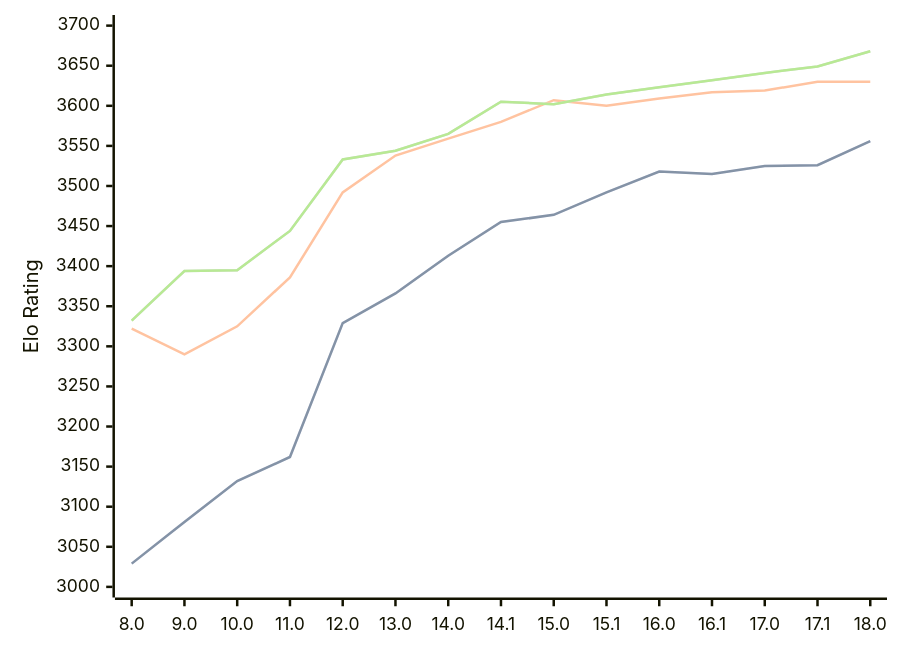
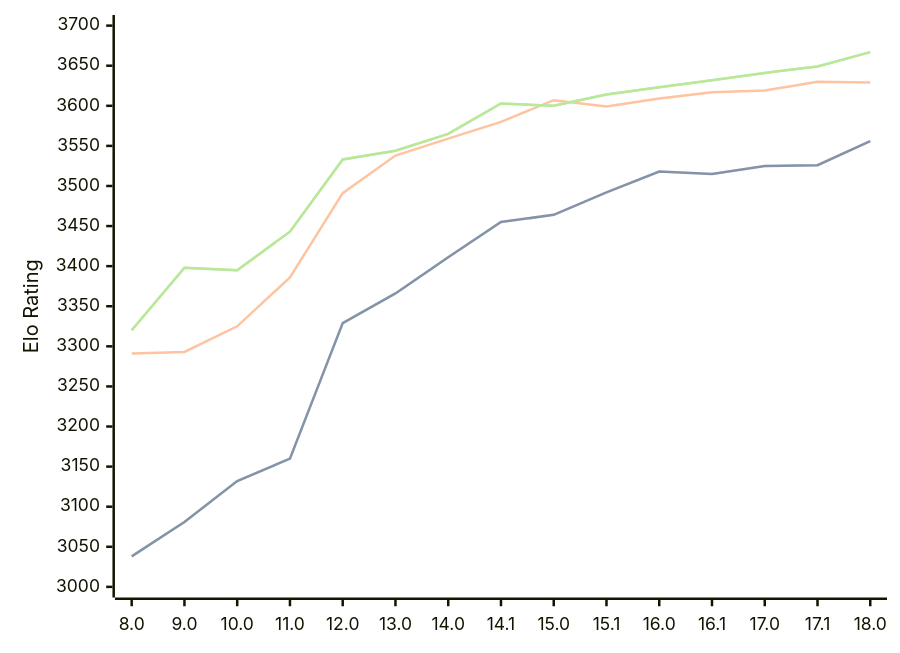
The diagram in engines/Stockfish.md (computer-chess-index/cci), drawn with Mermaid before and after one commit. The commit also changed other lines of this file, not shown here.

Commit message:
Update CCI Ratings (ELO VLTC) - 2026-02-26

````diff
--- a/engines/Stockfish.md
+++ b/engines/Stockfish.md
@@ -44,11 +44,11 @@
 ```mermaid
 %%{init: {"theme":"base","themeVariables":{"seriesColors:['#a3a3a3','#222221','#faa371']}}}%%
 xychart-beta
   x-axis ["8.0", "9.0", "10.0", "11.0", "12.0", "13.0", "14.0", "14.1", "15.0", "15.1", "16.0", "16.1", "17.0", "17.1", "18.0"]
   y-axis "Elo Rating" 3000 --> 3700
-  line "STC (8.0+0.08s)" [3029, 3081, 3132, 3162, 3329, 3366, 3413, 3455, 3464, 3492, 3518, 3515, 3525, 3526, 3556]
-  line "STC (8.0+0.08s)" [3029, 3081, 3132, 3162, 3329, 3366, 3413, 3455, 3464, 3492, 3518, 3515, 3525, 3526, 3556]
-  line "LTC (60.0+0.60s)" [3322, 3290, 3325, 3386, 3492, 3538, 3559, 3580, 3607, 3600, 3609, 3617, 3619, 3630, 3630]
-  line "VLTC (2m24s+1.12s)" [3332, 3394, 3395, 3444, 3533, 3544, 3565, 3605, 3602, 3614, 3623, 3632, 3641, 3649, 3668]
-  line "VLTC (2m24s+1.12s)" [3332, 3394, 3395, 3444, 3533, 3544, 3565, 3605, 3602, 3614, 3623, 3632, 3641, 3649, 3668]
+  line "STC (8.0+0.08s)" [3038, 3081, 3132, 3160, 3329, 3366, 3411, 3455, 3464, 3492, 3518, 3515, 3525, 3526, 3556]
+  line "STC (8.0+0.08s)" [3038, 3081, 3132, 3160, 3329, 3366, 3411, 3455, 3464, 3492, 3518, 3515, 3525, 3526, 3556]
+  line "LTC (60.0+0.60s)" [3291, 3293, 3325, 3386, 3491, 3538, 3559, 3580, 3607, 3599, 3609, 3617, 3619, 3630, 3629]
+  line "VLTC (2m24s+1.12s)" [3320, 3398, 3395, 3443, 3533, 3544, 3565, 3603, 3600, 3614, 3623, 3632, 3641, 3649, 3667]
+  line "VLTC (2m24s+1.12s)" [3320, 3398, 3395, 3443, 3533, 3544, 3565, 3603, 3600, 3614, 3623, 3632, 3641, 3649, 3667]
 ```
````
